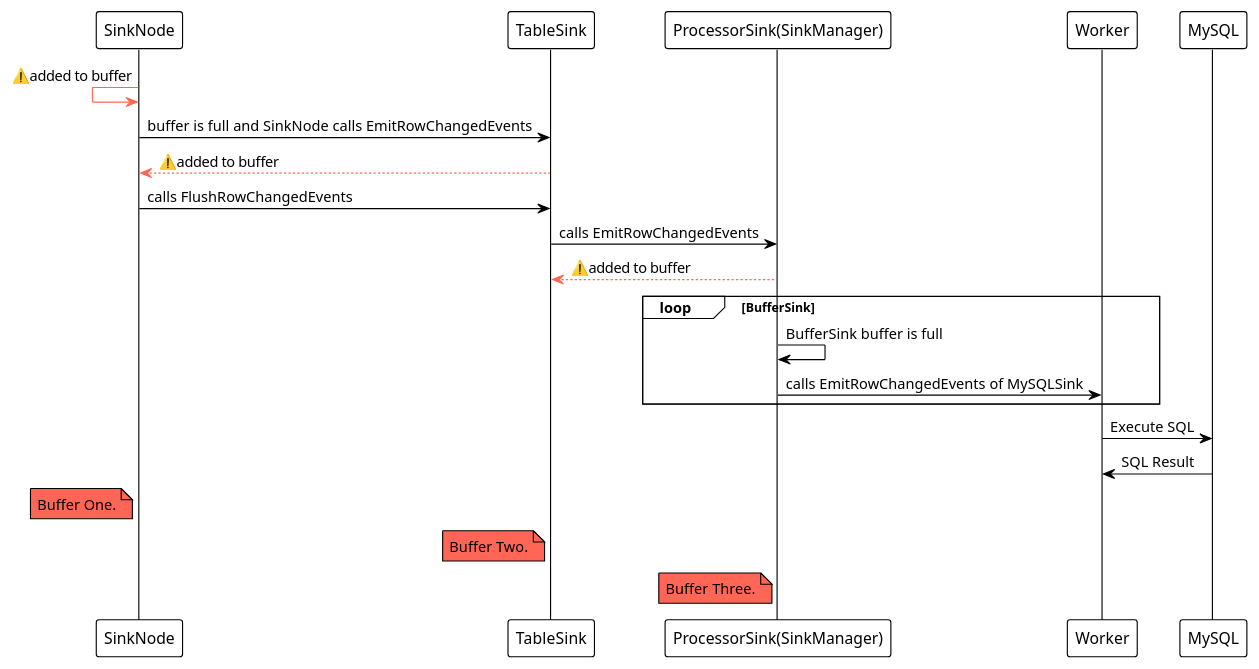
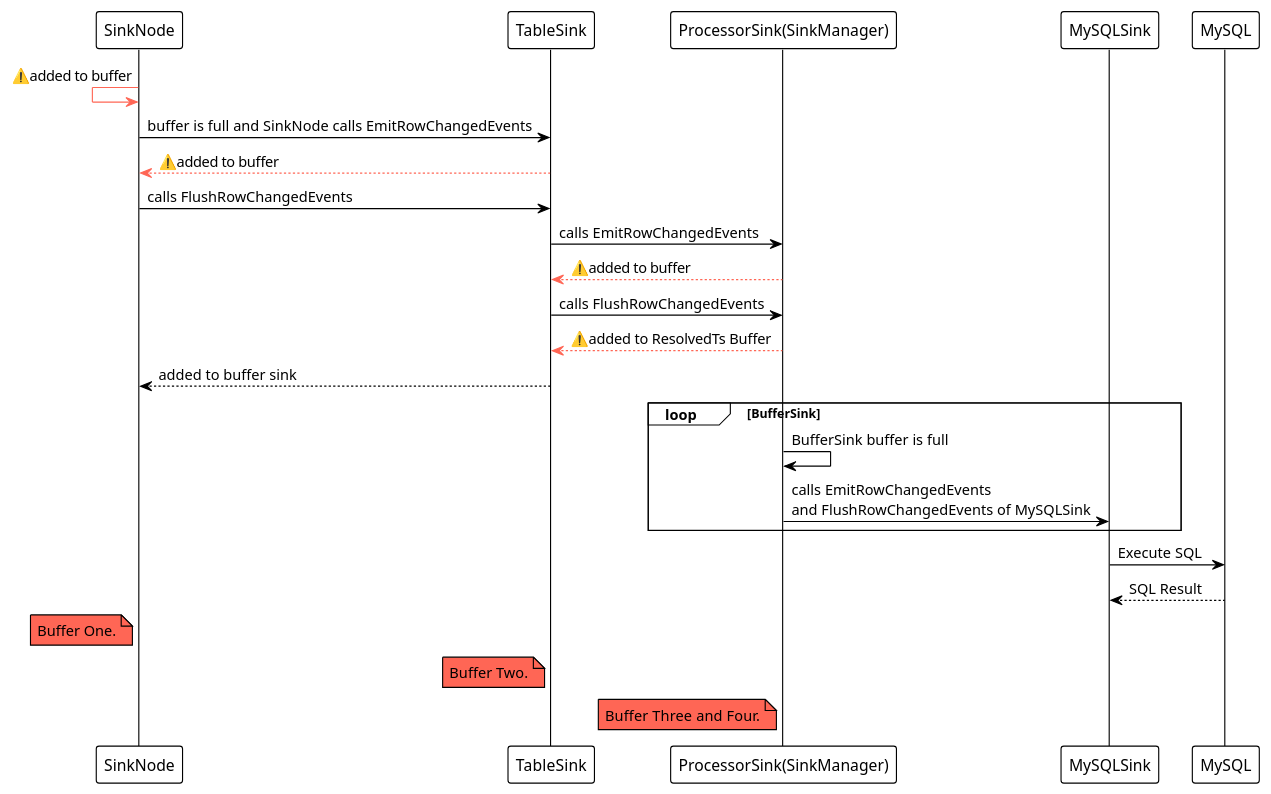
The fifth of 14 diagrams in ticdc-new-sink.slide/slides.md (0xPoe/talks), drawn with PlantUML before and after one commit. The commit also changed other lines of this file, not shown here.

````diff
--- a/ticdc-new-sink.slide/slides.md
+++ b/ticdc-new-sink.slide/slides.md
@@ -398,31 +398,34 @@
-```plantuml {scale: 0.9}
+```plantuml {scale: 0.8}
 @startuml
 !theme plain
 SinkNode <[bold,#FF6655]- SinkNode: ⚠️added to buffer
 SinkNode -> TableSink: buffer is full and SinkNode calls EmitRowChangedEvents
 SinkNode <-[bold,#FF6655]- TableSink: ⚠️added to buffer
 SinkNode -> TableSink: calls FlushRowChangedEvents
 TableSink -> "ProcessorSink(SinkManager)": calls EmitRowChangedEvents
 TableSink <-[bold,#FF6655]- "ProcessorSink(SinkManager)": ⚠️added to buffer
+TableSink -> "ProcessorSink(SinkManager)": calls FlushRowChangedEvents
+TableSink <-[bold,#FF6655]- "ProcessorSink(SinkManager)": ⚠️added to ResolvedTs Buffer
+SinkNode <-- TableSink: added to buffer sink
 loop BufferSink
   "ProcessorSink(SinkManager)" -> "ProcessorSink(SinkManager)": BufferSink buffer is full
-  "ProcessorSink(SinkManager)" -> Worker: calls EmitRowChangedEvents of MySQLSink
+  "ProcessorSink(SinkManager)" -> MySQLSink: calls EmitRowChangedEvents \nand FlushRowChangedEvents of MySQLSink
 end
-Worker -> MySQL: Execute SQL
-Worker <- MySQL: SQL Result
+MySQLSink -> MySQL: Execute SQL
+MySQLSink <-- MySQL: SQL Result
 
 
 note left of SinkNode #FF6655
   Buffer One.
 end note
 
 note left of TableSink #FF6655
   Buffer Two.
 end note
 
 note left of "ProcessorSink(SinkManager)" #FF6655
-  Buffer Three.
+  Buffer Three and Four.
 end note
 
 @enduml
 ```
````
